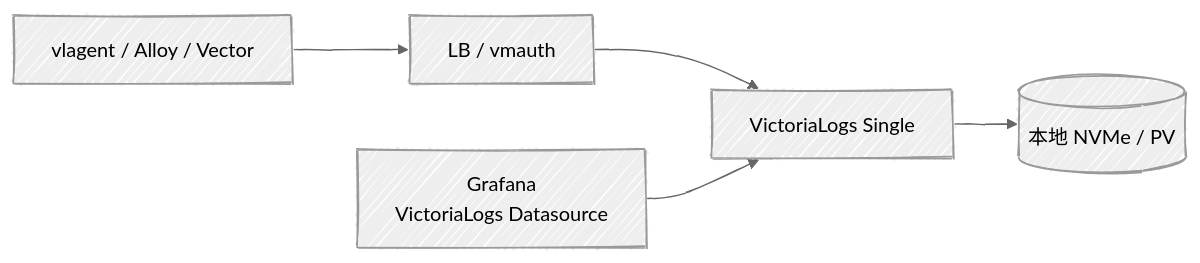
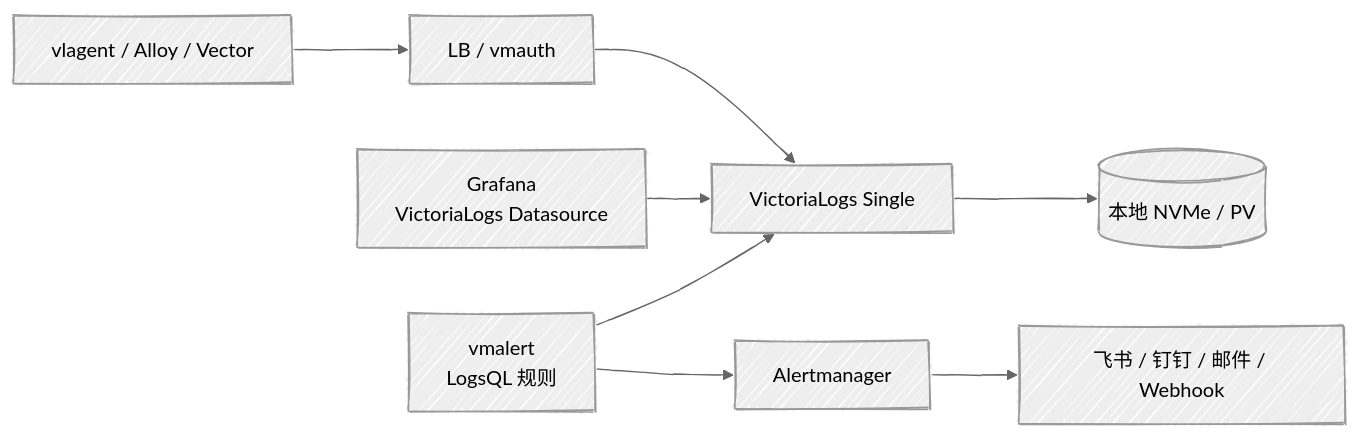
Before and after one commit to Xparkone/obsidian: the third of 4 diagrams in 运维笔记/监控/日志平台方案设计：Loki-Promtail-Grafana与VictoriaLogs.md, drawn with Mermaid. The commit also changed other lines of this file, not shown here.

````diff
--- a/运维笔记/监控/日志平台方案设计：Loki-Promtail-Grafana与VictoriaLogs.md
+++ b/运维笔记/监控/日志平台方案设计：Loki-Promtail-Grafana与VictoriaLogs.md
@@ -309,13 +382,18 @@
 ```mermaid
 %%{init: {"look": "handDrawn", "theme": "neutral", "flowchart": {"curve": "basis"}}}%%
 flowchart LR
     collector["vlagent / Alloy / Vector"]
     gateway["LB / vmauth"]
     single["VictoriaLogs Single"]
     disk[("本地 NVMe / PV")]
     grafana["Grafana<br/>VictoriaLogs Datasource"]
+    vmalert["vmalert<br/>LogsQL 规则"]
+    alertmanager["Alertmanager"]
+    receiver["飞书 / 钉钉 / 邮件 / Webhook"]
 
     collector --> gateway --> single
     single --> disk
     grafana --> single
+    vmalert --> single
+    vmalert --> alertmanager --> receiver
 ```
````
